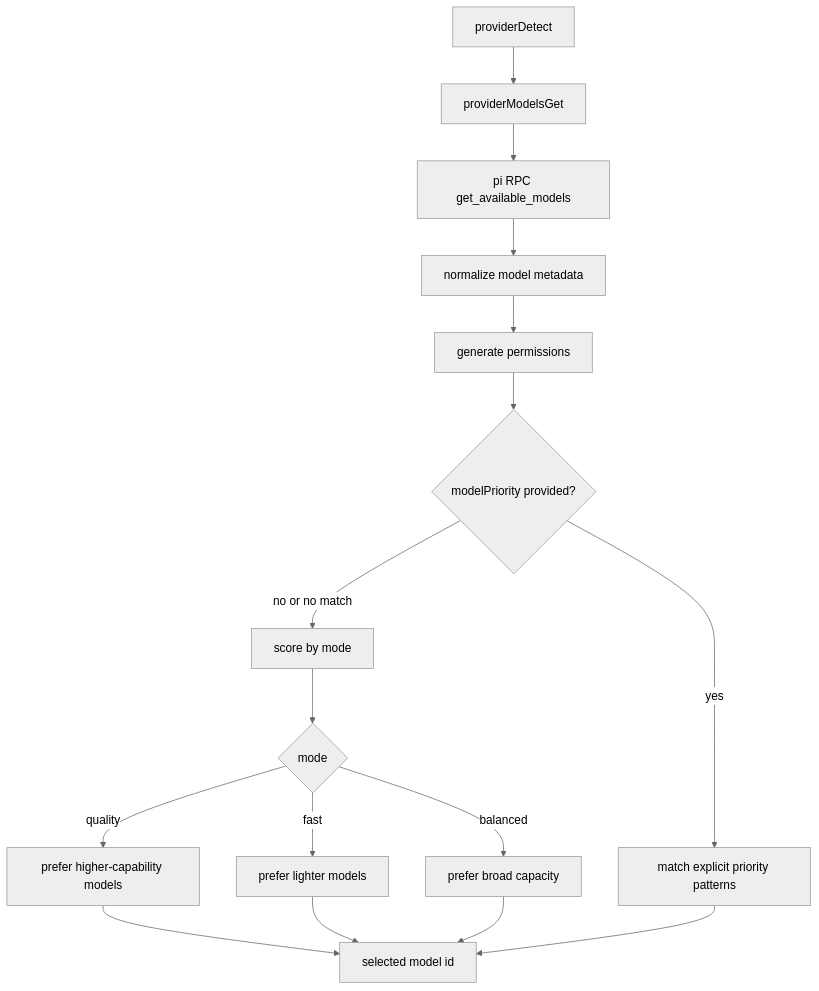
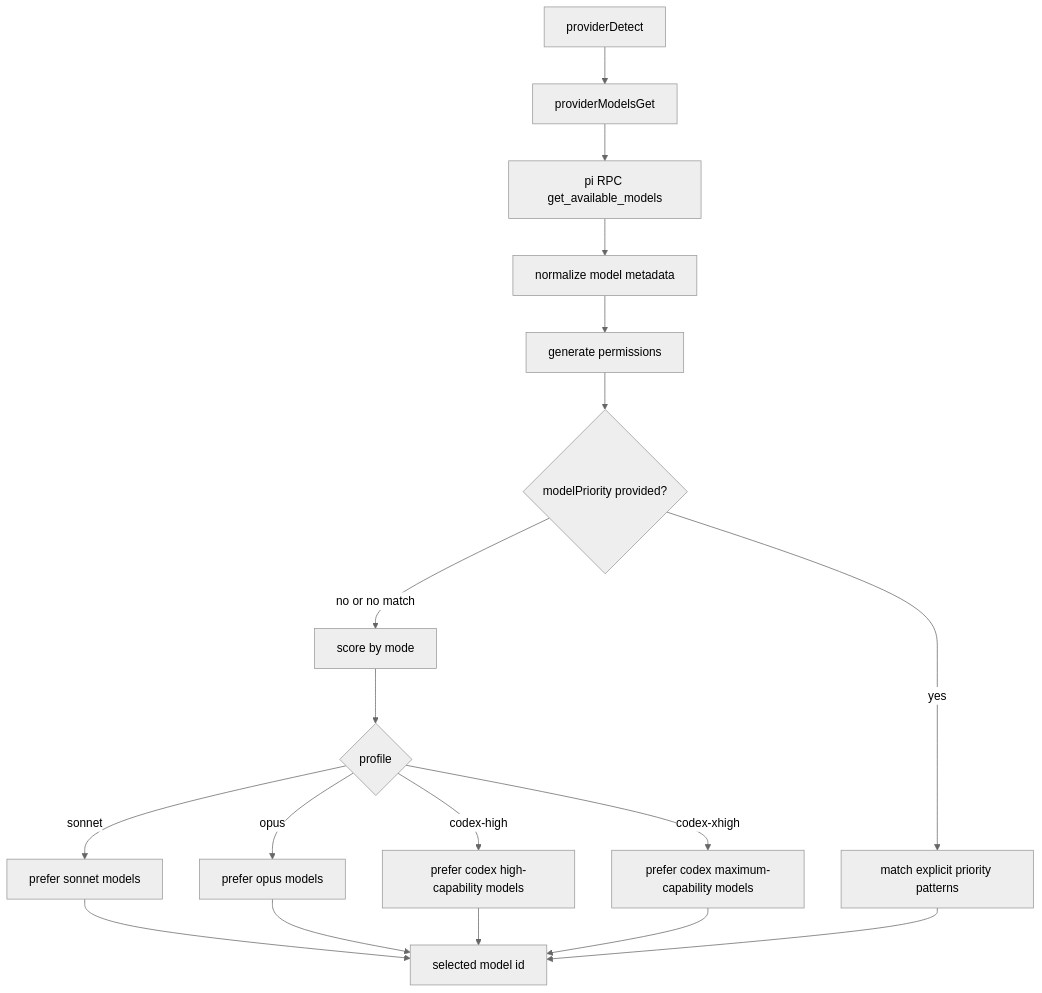
The diagram in doc/pi-model-selection-modes.md (ex3ndr/holdmybeer), drawn with Mermaid (neutral theme) before and after one commit. The commit also changed other lines of this file and 19 other files, not shown here.

Commit message:
feat(models): use profile-based model selector modes

````diff
--- a/doc/pi-model-selection-modes.md
+++ b/doc/pi-model-selection-modes.md
@@ -7,18 +7,20 @@
 ```mermaid
 flowchart TD
   A[providerDetect] --> B[providerModelsGet]
   B --> C[pi RPC get_available_models]
   C --> D[normalize model metadata]
   D --> E[generate permissions]
   E --> F{modelPriority provided?}
   F -->|yes| G[match explicit priority patterns]
   F -->|no or no match| H[score by mode]
-  H --> I{mode}
-  I -->|quality| J[prefer higher-capability models]
-  I -->|fast| K[prefer lighter models]
-  I -->|balanced| L[prefer broad capacity]
+  H --> I{profile}
+  I -->|sonnet| J[prefer sonnet models]
+  I -->|opus| K[prefer opus models]
+  I -->|codex-high| L[prefer codex high-capability models]
+  I -->|codex-xhigh| N[prefer codex maximum-capability models]
   J --> M[selected model id]
   K --> M
   L --> M
+  N --> M
   G --> M
 ```
````
